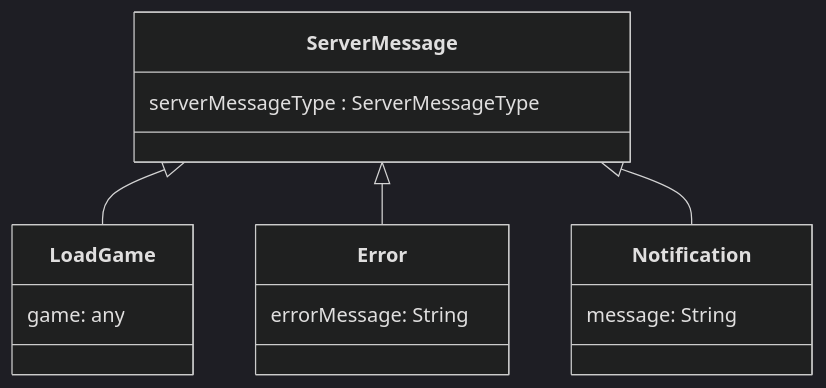
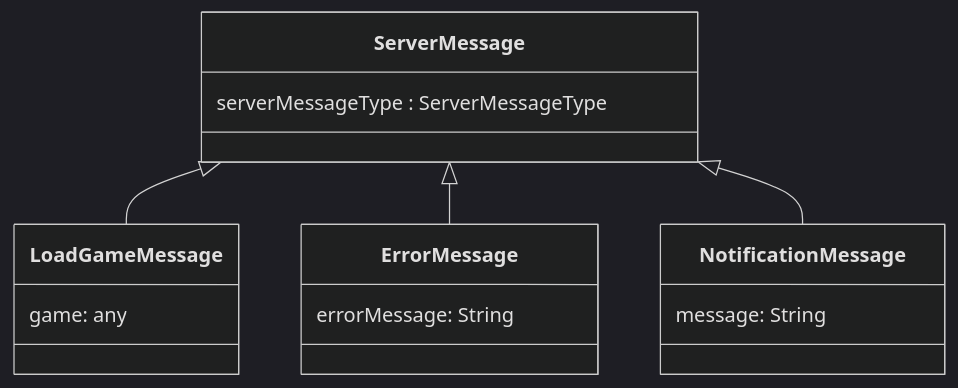
Before and after one commit to softwareconstruction240/softwareconstruction: the second of 2 diagrams in chess/6-gameplay/gameplay.md, drawn with Mermaid (dark theme). The commit also changed other lines of this file, not shown here.

````diff
--- a/chess/6-gameplay/gameplay.md
+++ b/chess/6-gameplay/gameplay.md
@@ -133,18 +124,19 @@
 ```mermaid
 classDiagram
     class ServerMessage {
         serverMessageType : ServerMessageType
     }
-    class LoadGame {
+    class LoadGameMessage {
         game: any
     }
-    class Error {
+    class ErrorMessage {
         errorMessage: String
     }
-    class Notification {
+    class NotificationMessage {
         message: String
     }
-    ServerMessage <|-- LoadGame
-    ServerMessage <|-- Error
-    ServerMessage <|-- Notification
+    ServerMessage <|-- LoadGameMessage
+    ServerMessage <|-- ErrorMessage
+    ServerMessage <|-- NotificationMessage
+   
 ```
````
